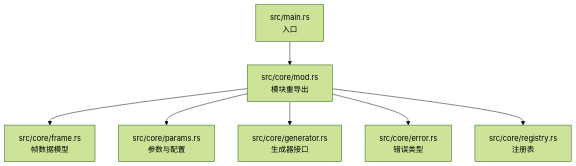
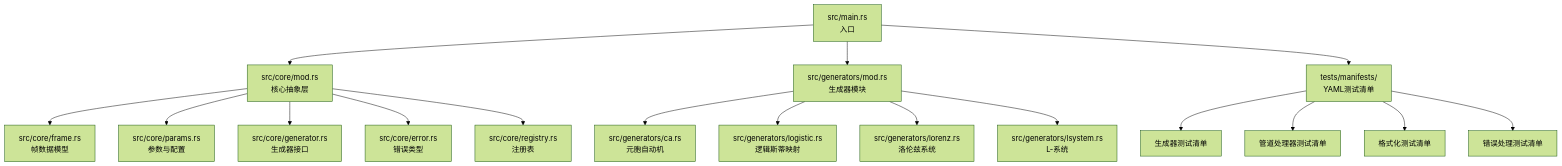
The first of 3 diagrams in .qoder/repowiki/zh/content/测试策略.md (shiyukonghui/StructGen-rs), drawn with Mermaid (forest theme) before and after one commit. The commit also changed other lines of this file and 8 other files, not shown here.

````diff
--- a/.qoder/repowiki/zh/content/测试策略.md
+++ b/.qoder/repowiki/zh/content/测试策略.md
@@ -37,9 +52,19 @@
 ```mermaid
 graph TB
-A["src/main.rs<br/>入口"] --> B["src/core/mod.rs<br/>模块重导出"]
+A["src/main.rs<br/>入口"] --> B["src/core/mod.rs<br/>核心抽象层"]
 B --> C["src/core/frame.rs<br/>帧数据模型"]
 B --> D["src/core/params.rs<br/>参数与配置"]
 B --> E["src/core/generator.rs<br/>生成器接口"]
 B --> F["src/core/error.rs<br/>错误类型"]
 B --> G["src/core/registry.rs<br/>注册表"]
+A --> H["src/generators/mod.rs<br/>生成器模块"]
+H --> I["src/generators/ca.rs<br/>元胞自动机"]
+H --> J["src/generators/logistic.rs<br/>逻辑斯蒂映射"]
+H --> K["src/generators/lorenz.rs<br/>洛伦兹系统"]
+H --> L["src/generators/lsystem.rs<br/>L-系统"]
+A --> M["tests/manifests/<br/>YAML测试清单"]
+M --> N["生成器测试清单"]
+M --> O["管道处理器测试清单"]
+M --> P["格式化测试清单"]
+M --> Q["错误处理测试清单"]
 ```
````
